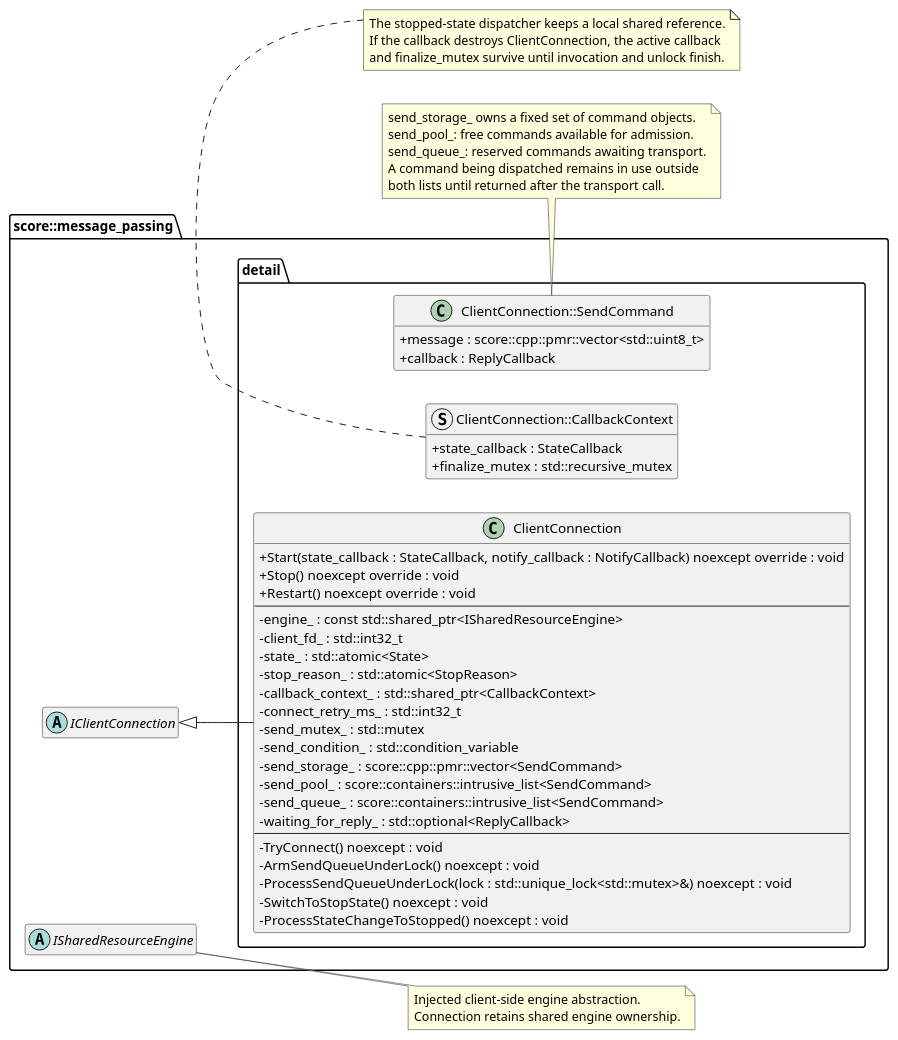
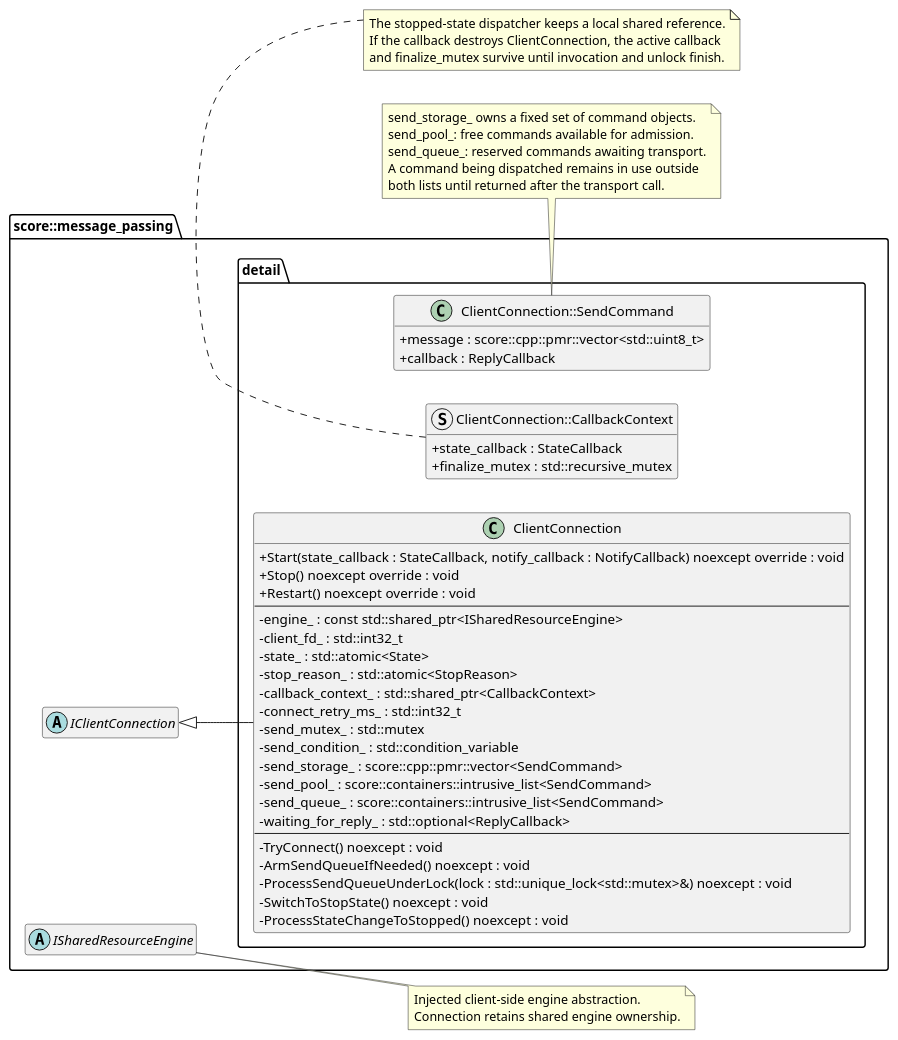
Before and after one commit to eclipse-score/communication: the diagram in score/message_passing/dependability/software_unit_design/client_connection_class_diagram.puml, drawn with PlantUML. The commit also changed 18 other files, not shown here.

```diff
--- a/score/message_passing/dependability/software_unit_design/client_connection_class_diagram.puml
+++ b/score/message_passing/dependability/software_unit_design/client_connection_class_diagram.puml
@@ -1,69 +1,69 @@
 @startuml client_connection_class_diagram
 hide empty members
 skinparam classAttributeIconSize 0
 left to right direction
 
 namespace score::message_passing {
     abstract class "IClientConnection" as ClientInterface
     abstract class "ISharedResourceEngine" as SharedEngine
 
     namespace detail {
         class "ClientConnection" as Connection {
             + Start(state_callback : StateCallback, notify_callback : NotifyCallback) noexcept override : void
             + Stop() noexcept override : void
             + Restart() noexcept override : void
             --
             - engine_ : const std::shared_ptr<ISharedResourceEngine>
             - client_fd_ : std::int32_t
             - state_ : std::atomic<State>
             - stop_reason_ : std::atomic<StopReason>
             - callback_context_ : std::shared_ptr<CallbackContext>
             - connect_retry_ms_ : std::int32_t
             - send_mutex_ : std::mutex
             - send_condition_ : std::condition_variable
             - send_storage_ : score::cpp::pmr::vector<SendCommand>
             - send_pool_ : score::containers::intrusive_list<SendCommand>
             - send_queue_ : score::containers::intrusive_list<SendCommand>
             - waiting_for_reply_ : std::optional<ReplyCallback>
             --
             - TryConnect() noexcept : void
-            - ArmSendQueueUnderLock() noexcept : void
+            - ArmSendQueueIfNeeded() noexcept : void
             - ProcessSendQueueUnderLock(lock : std::unique_lock<std::mutex>&) noexcept : void
             - SwitchToStopState() noexcept : void
             - ProcessStateChangeToStopped() noexcept : void
         }
 
         struct "ClientConnection::CallbackContext" as CallbackContext {
             + state_callback : StateCallback
             + finalize_mutex : std::recursive_mutex
         }
 
         class "ClientConnection::SendCommand" as SendCommand {
             + message : score::cpp::pmr::vector<std::uint8_t>
             + callback : ReplyCallback
         }
     }
 }
 
 ClientInterface <|-- Connection
 
 note right of SharedEngine
     Injected client-side engine abstraction.
     Connection retains shared engine ownership.
 end note
 
 note bottom of SendCommand
     send_storage_ owns a fixed set of command objects.
     send_pool_: free commands available for admission.
     send_queue_: reserved commands awaiting transport.
     A command being dispatched remains in use outside
     both lists until returned after the transport call.
 end note
 
 note bottom of CallbackContext
     The stopped-state dispatcher keeps a local shared reference.
     If the callback destroys ClientConnection, the active callback
     and finalize_mutex survive until invocation and unlock finish.
 end note
 
 @enduml
```
